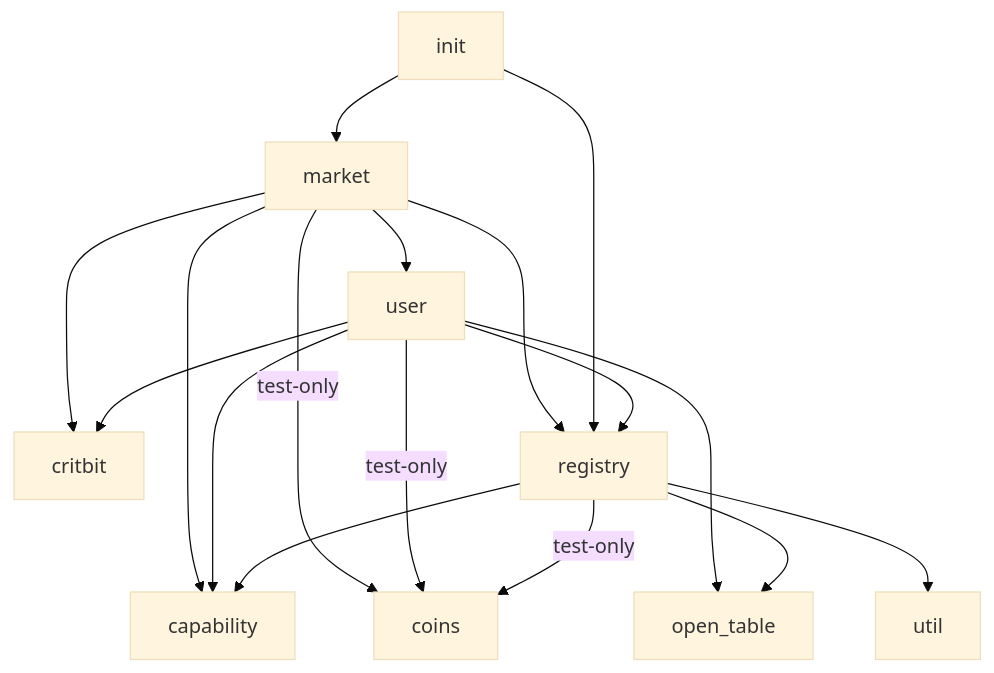
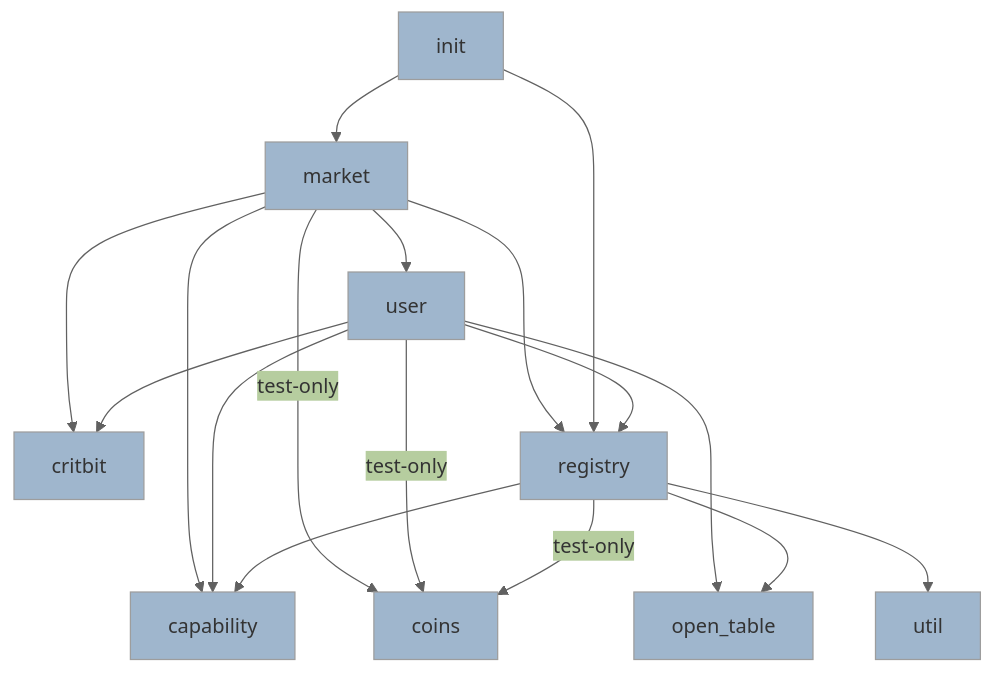
The diagram in doc/doc-site/modules.md (econia-labs/econia), drawn with Mermaid before and after one commit.

Commit message:
Update color theme for dependency graph

````diff
--- a/doc/doc-site/modules.md
+++ b/doc/doc-site/modules.md
@@ -17,24 +17,24 @@
 ```mermaid
 
-%%{init: {'theme':'base'}}%%
+%%{init: {'theme': 'base', 'themeVariables': {'primaryColor': '#9fb6cd', 'lineColor': '#616161'}}}%%
 
 flowchart TD
 
     market --> critbit
     market --> registry
     market --> capability
     market --> |test-only| coins
     market --> user
     init --> registry
     init --> market
     user --> capability
     user --> critbit
     user --> open_table
     user --> registry
     user --> |test-only| coins
     registry --> capability
     registry --> |test-only| coins
     registry --> open_table
     registry --> util
 
 ```
````
